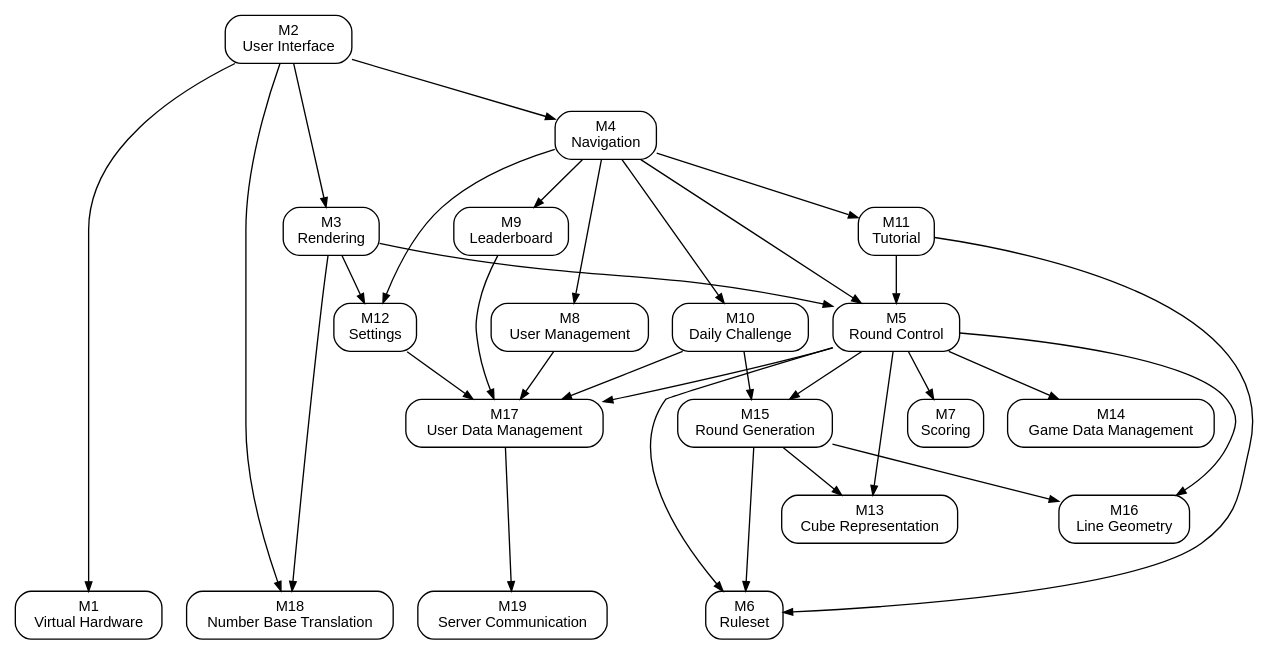
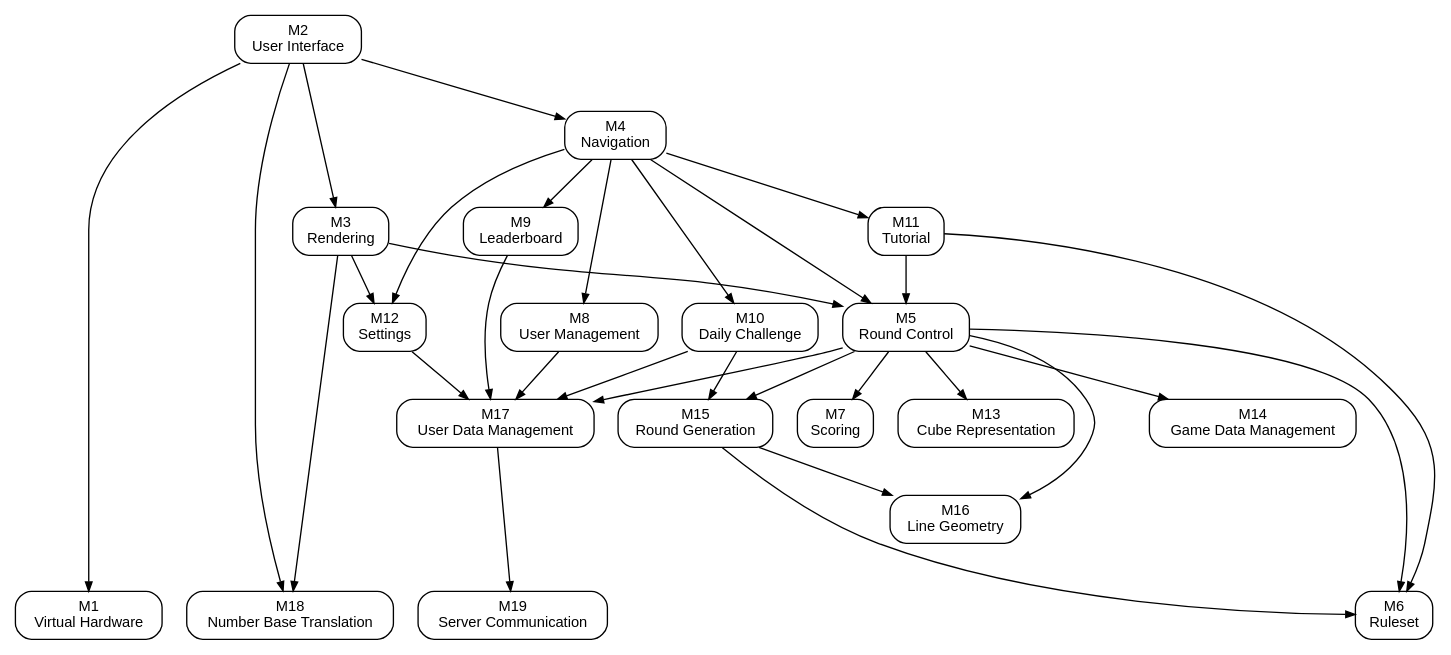
Before and after one commit to Jacob-MB/magic-8: the diagram in docs/Design/SoftArchitecture/UsesHierarchy.dot, drawn with Graphviz. The commit also changed 1 other file, not shown here.

```diff
--- a/docs/Design/SoftArchitecture/UsesHierarchy.dot
+++ b/docs/Design/SoftArchitecture/UsesHierarchy.dot
@@ -1,52 +1,52 @@
 // Uses hierarchy for the Magic 8 Module Guide (MG.tex, Figure "Use hierarchy among modules").
 // An arrow A -> B means module A uses module B.
 // Regenerate the figure with:
 //   dot -Tpng -Gdpi=200 UsesHierarchy.dot -o UsesHierarchy.png
 
 digraph UsesHierarchy {
     rankdir = TB;
     node [shape = box, style = rounded, fontname = "Helvetica", fontsize = 11];
     edge [arrowsize = 0.7];
 
     // Hardware-hiding modules
     VH  [label = "M1\nVirtual Hardware"];
 
     // Behaviour-hiding modules
     UI  [label = "M2\nUser Interface"];
     RE  [label = "M3\nRendering"];
     N   [label = "M4\nNavigation"];
     RC  [label = "M5\nRound Control"];
     R   [label = "M6\nRuleset"];
     SC  [label = "M7\nScoring"];
     UM  [label = "M8\nUser Management"];
     L   [label = "M9\nLeaderboard"];
     DC  [label = "M10\nDaily Challenge"];
     T   [label = "M11\nTutorial"];
     SE  [label = "M12\nSettings"];
 
     // Software decision modules
     CR  [label = "M13\nCube Representation"];
     GDM [label = "M14\nGame Data Management"];
     RG  [label = "M15\nRound Generation"];
     TG  [label = "M16\nLine Geometry"];
     UDM [label = "M17\nUser Data Management"];
     NBT [label = "M18\nNumber Base Translation"];
     SCM [label = "M19\nServer Communication"];
 
     // Modules that use no other module sit on the bottom row
     { rank = sink; VH; R; NBT; SCM; }
 
     // User Interface is the only point of contact with the user, so it sits at the top
     UI  -> { N RE NBT VH };
     N   -> { RC T DC UM L SE };
     T   -> { RC R };
     DC  -> { RG UDM };
     RC  -> { RG TG SC GDM CR R UDM };
-    RG  -> { TG R CR };
+    RG  -> { TG R };
     // Rendering reads the state it draws from Round Control's read-only access programs
     RE  -> { RC NBT SE };
     UM  -> { UDM };
     L   -> UDM;
     SE  -> UDM;
     UDM -> SCM;
 }
```
